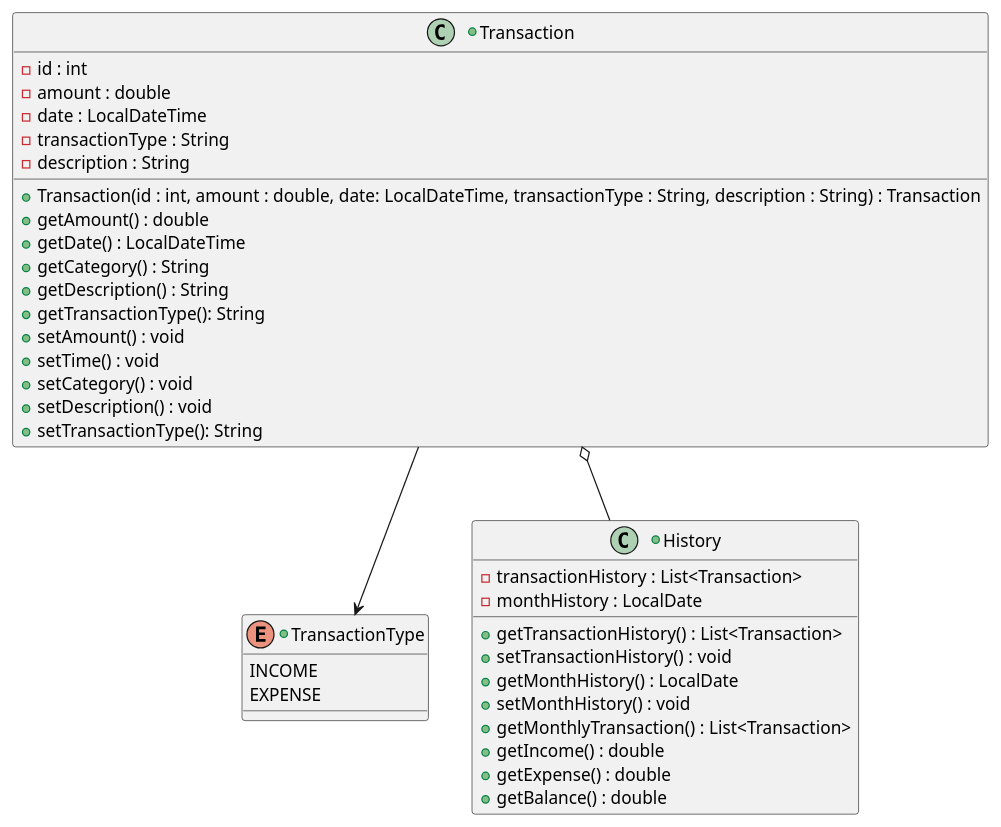
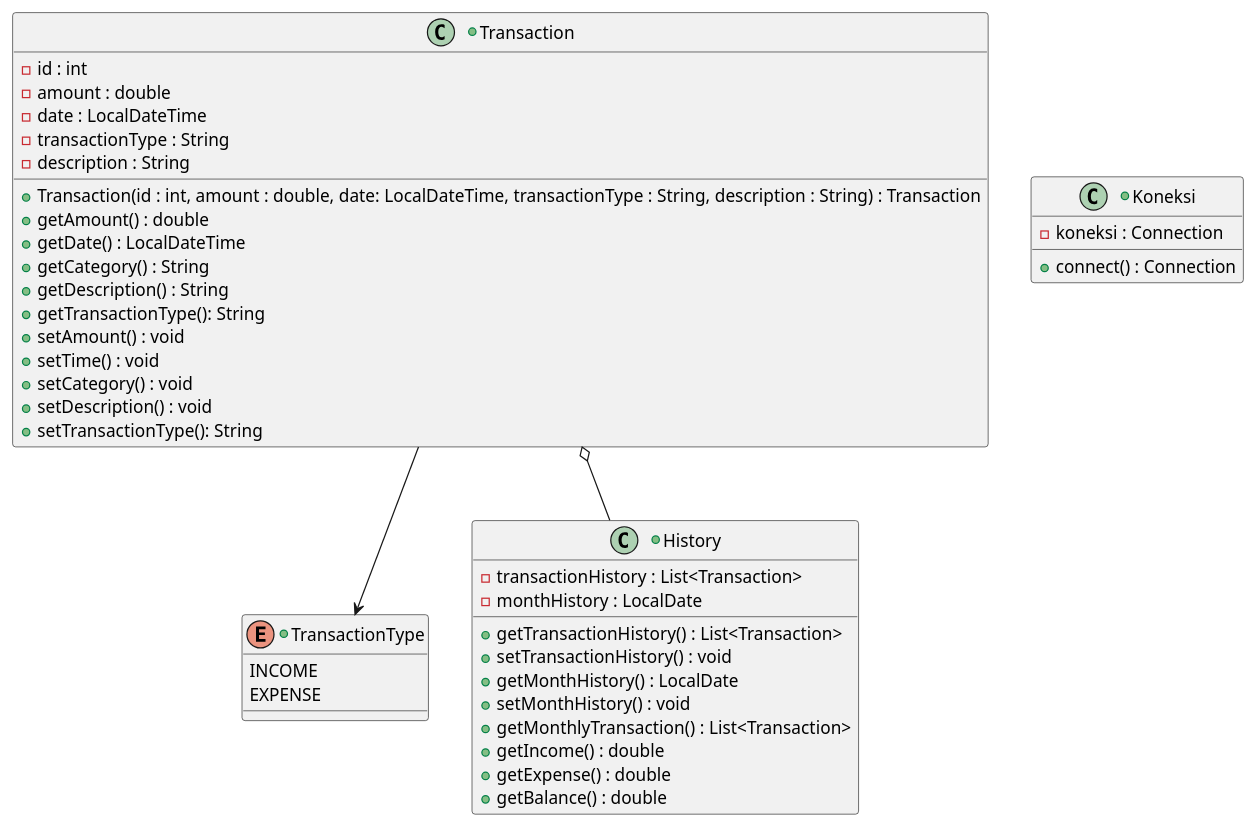
The diagram in src/main/java/diagram/class.plantuml (xyfr0/Budgeter), drawn with PlantUML before and after one commit. The commit also changed 21 other files, not shown here.

```diff
--- a/src/main/java/diagram/class.plantuml
+++ b/src/main/java/diagram/class.plantuml
@@ -1,46 +1,51 @@
 @startuml class
 
 
 +class "Transaction"{
       -id : int
       -amount : double
       -date : LocalDateTime
       -transactionType : String
       -description : String
       +Transaction(id : int, amount : double, date: LocalDateTime, transactionType : String, description : String) : Transaction
       +getAmount() : double
       +getDate() : LocalDateTime
       +getCategory() : String
       +getDescription() : String
       +getTransactionType(): String
       +setAmount() : void
       +setTime() : void
       +setCategory() : void
       +setDescription() : void      
       +setTransactionType(): String
 }
 
 +enum "TransactionType"{
       INCOME
       EXPENSE
 }
 
 +class "History"{
       -transactionHistory : List<Transaction>
       -monthHistory : LocalDate      
       +getTransactionHistory() : List<Transaction>
       +setTransactionHistory() : void      
       +getMonthHistory() : LocalDate
       +setMonthHistory() : void
       +getMonthlyTransaction() : List<Transaction>     
       +getIncome() : double
       +getExpense() : double
       +getBalance() : double
 }
 
++class "Koneksi"{
+      -koneksi : Connection
+      +connect() : Connection
+}
+
 Transaction o-- History
 Transaction --> TransactionType
 
 
 
 @enduml
```
